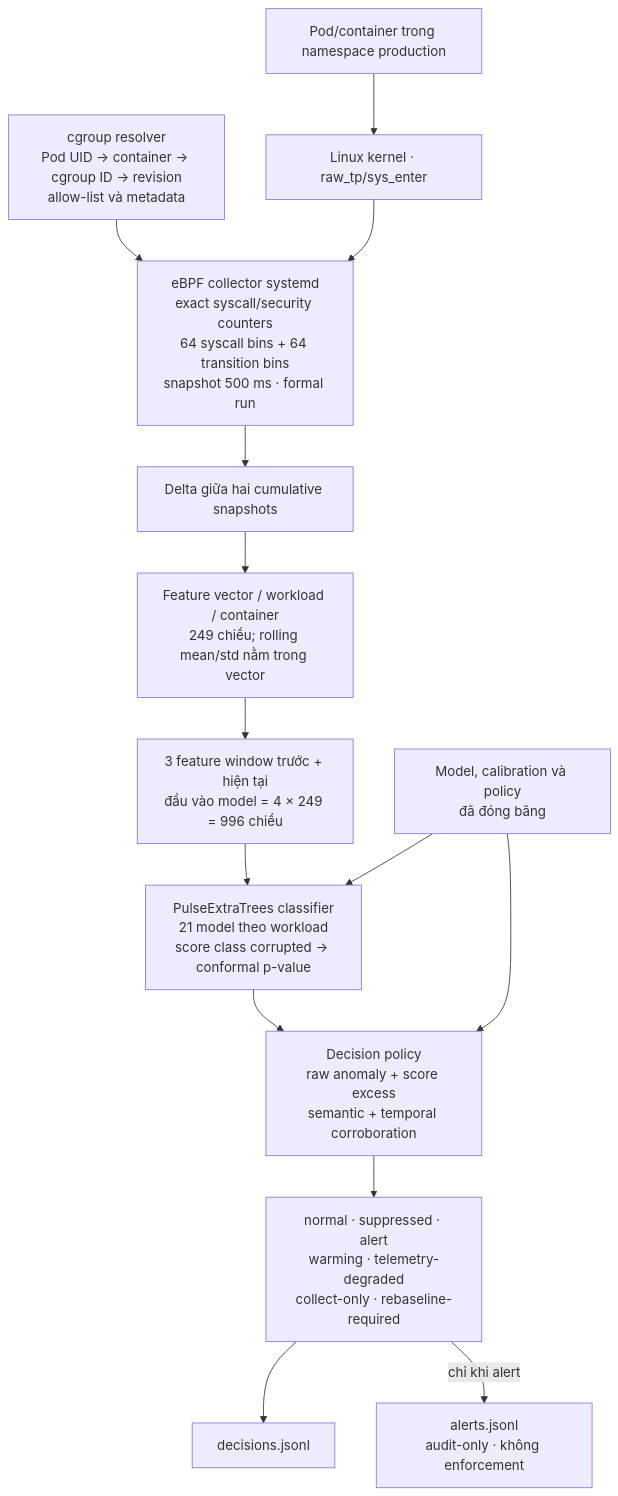
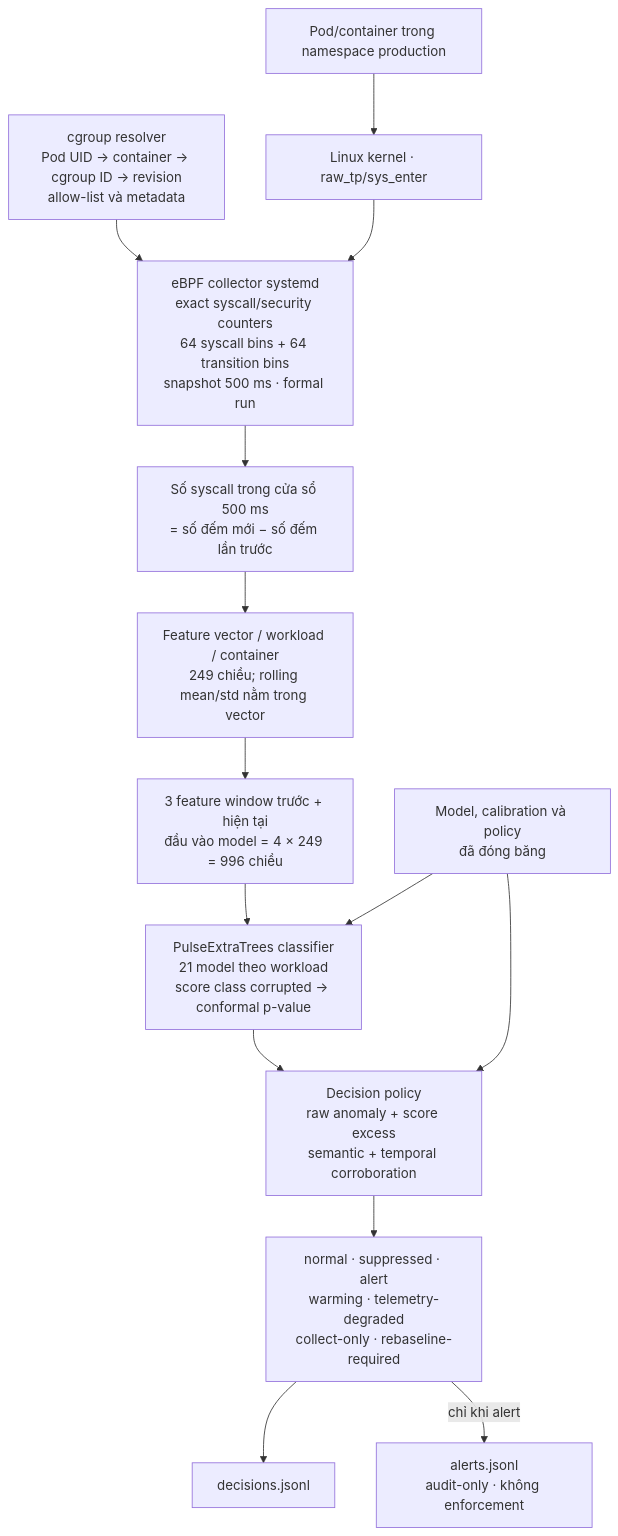
Before and after one commit to tndat-dev/eBPF-project: the first of 2 diagrams in sentinel-pulse.md, drawn with Mermaid.

Commit message:
Explain Pulse window delta in plain language

````diff
--- a/sentinel-pulse.md
+++ b/sentinel-pulse.md
@@ -52,16 +52,16 @@
 ```mermaid
 flowchart TB
     APP["Pod/container trong namespace production"] --> CALL["Linux kernel · raw_tp/sys_enter"]
     RES["cgroup resolver<br/>Pod UID → container → cgroup ID → revision<br/>allow-list và metadata"] --> COL
     CALL --> COL["eBPF collector systemd<br/>exact syscall/security counters<br/>64 syscall bins + 64 transition bins<br/>snapshot 500 ms · formal run"]
-    COL --> DELTA["Delta giữa hai cumulative snapshots"]
+    COL --> DELTA["Số syscall trong cửa sổ 500 ms<br/>= số đếm mới − số đếm lần trước"]
     DELTA --> VECTOR["Feature vector / workload / container<br/>249 chiều; rolling mean/std nằm trong vector"]
     VECTOR --> CONTEXT["3 feature window trước + hiện tại<br/>đầu vào model = 4 × 249 = 996 chiều"]
     CONTEXT --> MODEL["PulseExtraTrees classifier<br/>21 model theo workload<br/>score class corrupted → conformal p-value"]
     BUNDLE["Model, calibration và policy<br/>đã đóng băng"] --> MODEL
     MODEL --> POLICY["Decision policy<br/>raw anomaly + score excess<br/>semantic + temporal corroboration"]
     BUNDLE --> POLICY
     POLICY --> RESULT["normal · suppressed · alert<br/>warming · telemetry-degraded<br/>collect-only · rebaseline-required"]
     RESULT --> DECISIONS["decisions.jsonl"]
     RESULT -->|"chỉ khi alert"| ALERTS["alerts.jsonl<br/>audit-only · không enforcement"]
 ```
````
